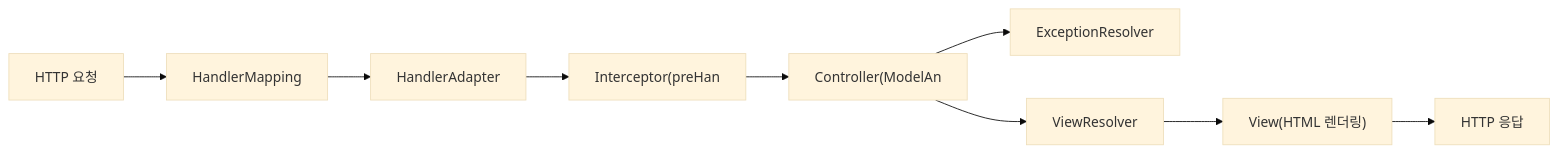
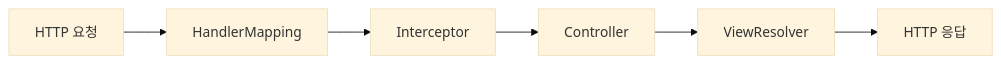
One commit to yjkim2015/yjkim2015.github.io changed the fourth of 5 diagrams in _posts/spring/2020-08-10-스프링 동작 구조.md. Above: the diagram before and after it, drawn with Mermaid (base theme). The commit also changed 163 other files, not shown here.

First line of the commit message:
Mermaid 300개 블록 내용 축소: 5노드 5엣지 이하, 의미 있는 약어

````diff
--- a/_posts/spring/2020-08-10-스프링 동작 구조.md
+++ b/_posts/spring/2020-08-10-스프링 동작 구조.md
@@ -162,11 +162,8 @@
 ```mermaid
 graph LR
     REQ["HTTP 요청"] --> HM["HandlerMapping"]
-    HM --> HA["HandlerAdapter"]
-    HA --> IC["Interceptor(preHan"]
-    IC --> CTRL["Controller(ModelAn"]
-    CTRL --> EX["ExceptionResolver"]
+    HM --> IC["Interceptor"]
+    IC --> CTRL["Controller"]
     CTRL --> VR["ViewResolver"]
-    VR --> VIEW["View(HTML 렌더링)"]
-    VIEW --> RESP["HTTP 응답"]
+    VR --> RESP["HTTP 응답"]
 ```
````
